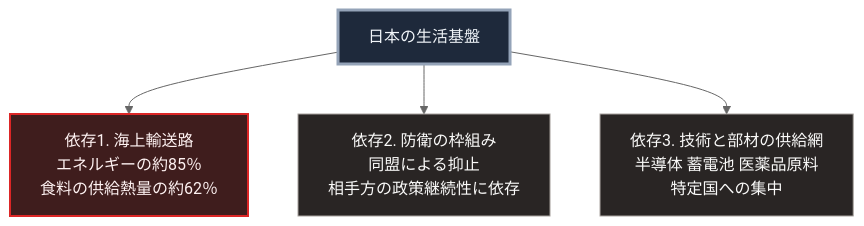
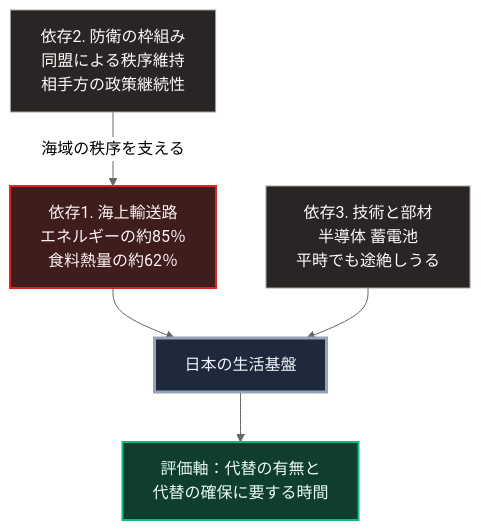
Before and after one commit to Takenori-Kusaka/zenn-content: the diagram in books/sovereign-resilience-blueprint/international-order-japan-position.md, drawn with Mermaid (neutral theme). The commit also changed other lines of this file and 114 other files, not shown here.

````diff
--- a/books/sovereign-resilience-blueprint/international-order-japan-position.md
+++ b/books/sovereign-resilience-blueprint/international-order-japan-position.md
@@ -53,13 +53,15 @@
 ```mermaid
 flowchart TD
-    J[日本の生活基盤]
+    D2[依存2. 防衛の枠組み<br>同盟による秩序維持<br>相手方の政策継続性]
+    D2 -->|海域の秩序を支える| D1[依存1. 海上輸送路<br>エネルギーの約85％<br>食料熱量の約62％]
+    D3[依存3. 技術と部材<br>半導体 蓄電池<br>平時でも途絶しうる]
+    D1 --> J[日本の生活基盤]
+    D3 --> J
+    J --> Q[評価軸：代替の有無と<br>代替の確保に要する時間]
 
-    J --> D1[依存1. 海上輸送路<br>エネルギーの約85％<br>食料の供給熱量の約62％]
-    J --> D2[依存2. 防衛の枠組み<br>同盟による抑止<br>相手方の政策継続性に依存]
-    J --> D3[依存3. 技術と部材の供給網<br>半導体 蓄電池 医薬品原料<br>特定国への集中]
-
+    style D2 fill:#292524,stroke:#a8a29e,color:#fafaf9
+    style D1 fill:#3f1d1d,stroke:#dc2626,stroke-width:2px,color:#fef2f2
+    style D3 fill:#292524,stroke:#a8a29e,color:#fafaf9
     style J fill:#1e293b,stroke:#94a3b8,stroke-width:3px,color:#f1f5f9
-    style D1 fill:#3f1d1d,stroke:#dc2626,stroke-width:2px,color:#fef2f2
-    style D2 fill:#292524,stroke:#a8a29e,color:#fafaf9
-    style D3 fill:#292524,stroke:#a8a29e,color:#fafaf9
+    style Q fill:#0f3d2e,stroke:#10b981,stroke-width:2px,color:#ecfdf5
 ```
````
